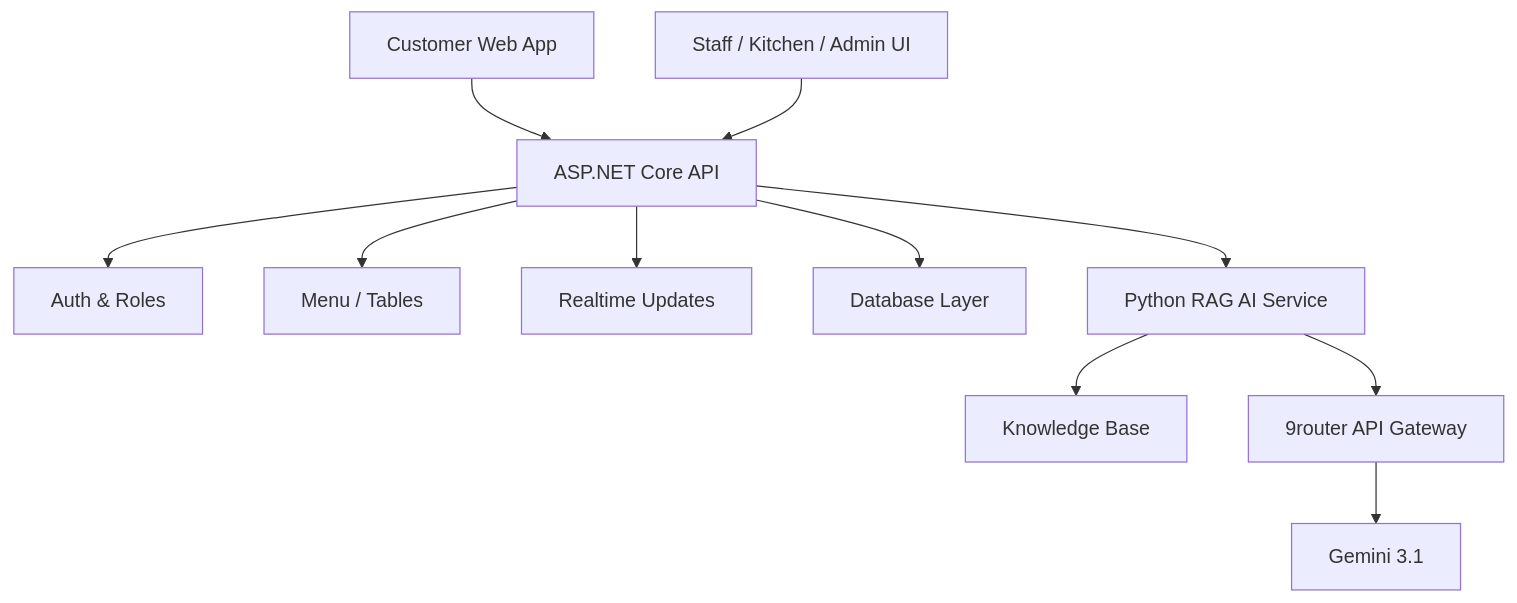
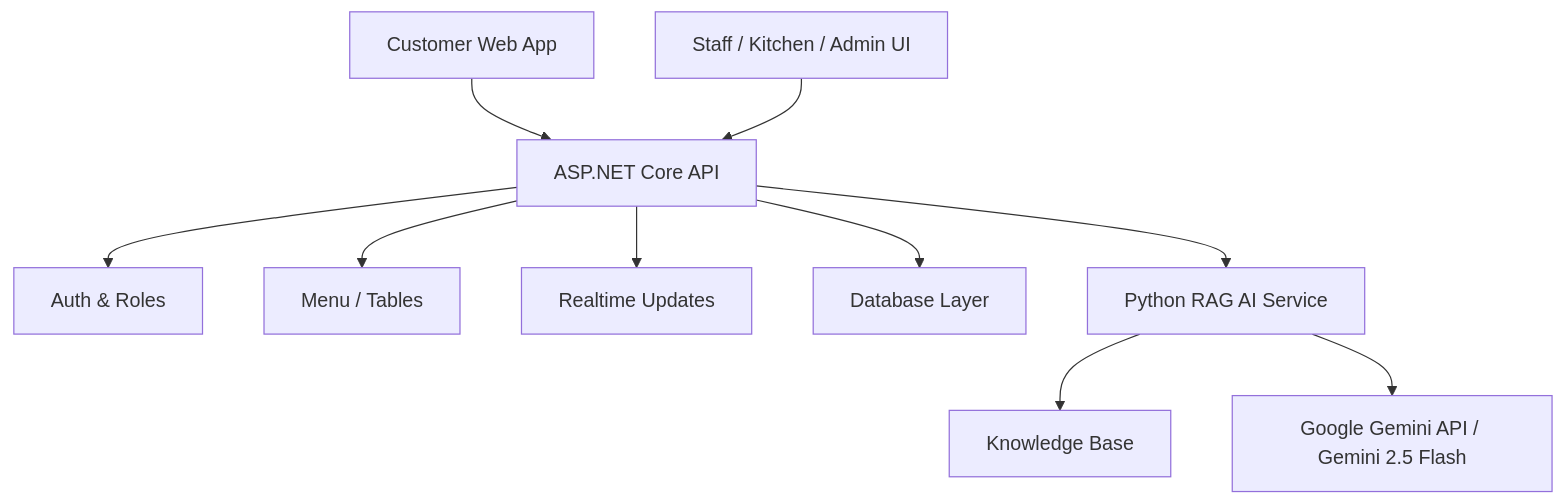
One commit to Anpham120/restaurant-qr-ai-ordering changed the second of 2 diagrams in README.md. Above: the diagram before and after it, drawn with Mermaid. The commit also changed other lines of this file and 16 other files, not shown here.

````diff
--- a/README.md
+++ b/README.md
@@ -77,13 +77,12 @@
 ```mermaid
 flowchart TB
   Customer["Customer Web App"] --> API["ASP.NET Core API"]
   Staff["Staff / Kitchen / Admin UI"] --> API
   API --> Auth["Auth & Roles"]
   API --> Menu["Menu / Tables"]
   API --> Realtime["Realtime Updates"]
   API --> Data["Database Layer"]
   API --> AiService["Python RAG AI Service"]
   AiService --> RAG["Knowledge Base"]
-  AiService --> Router["9router API Gateway"]
-  Router --> Gemini["Gemini 3.1"]
+  AiService --> Gemini["Google Gemini API / Gemini 2.5 Flash"]
 ```
````
